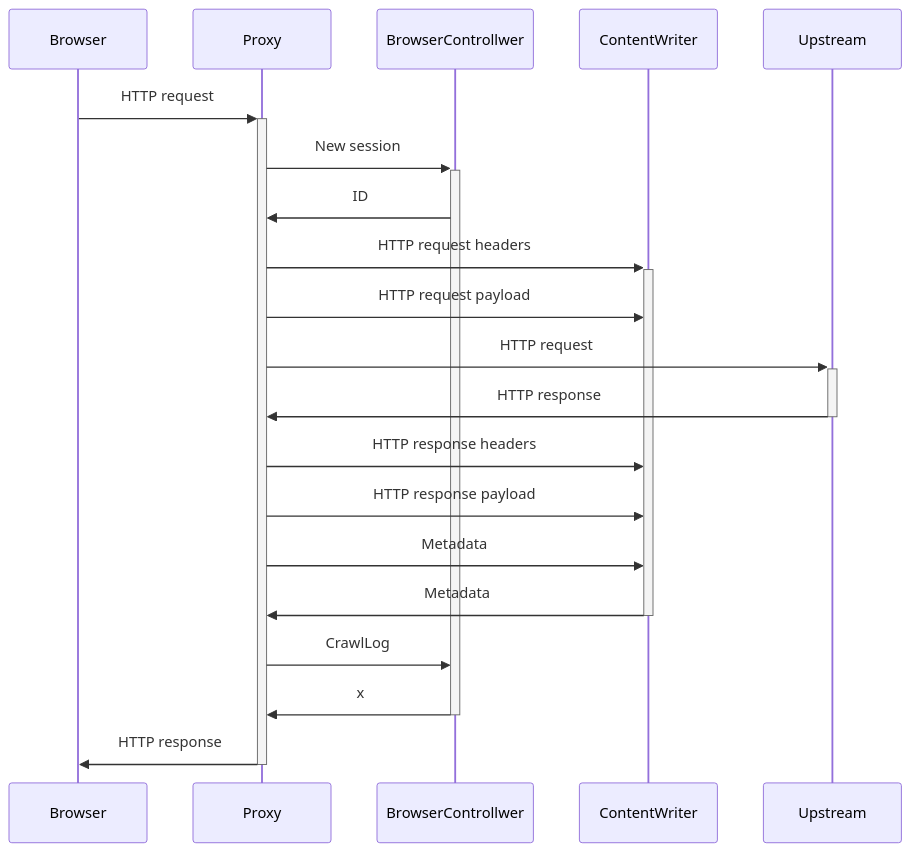
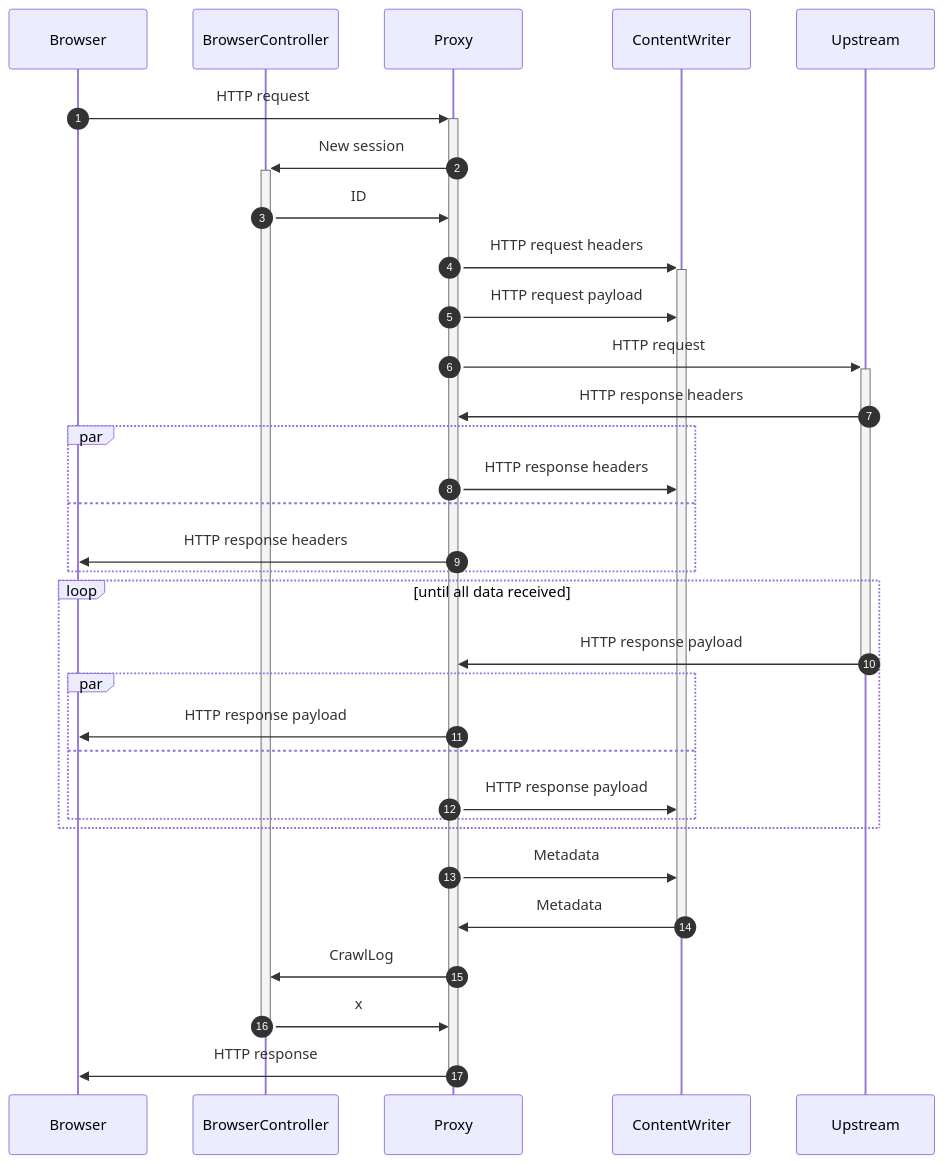
Before and after one commit to nlnwa/veidemann-recorderproxy: the diagram in README.md, drawn with Mermaid.

````diff
--- a/README.md
+++ b/README.md
@@ -8,17 +8,34 @@
 ```mermaid
 sequenceDiagram
+    autonumber
+    participant Browser
+    participant BrowserController
+    participant Proxy
+    participant ContentWriter
+    participant Upstream
     Browser->>+Proxy: HTTP request
-    Proxy->>+BrowserControllwer: New session
-    BrowserControllwer->>Proxy: ID
+    Proxy->>+BrowserController: New session
+    BrowserController->>Proxy: ID
     Proxy->>+ContentWriter: HTTP request headers
     Proxy->>ContentWriter: HTTP request payload
     Proxy->>+Upstream: HTTP request
-    Upstream->>-Proxy: HTTP response
-    Proxy->>ContentWriter: HTTP response headers
-    Proxy->>ContentWriter: HTTP response payload
+    Upstream->>Proxy: HTTP response headers
+    par
+        Proxy->>ContentWriter: HTTP response headers
+    and
+        Proxy->>Browser: HTTP response headers
+    end
+    loop until all data received
+        Upstream->>-Proxy: HTTP response payload
+        par
+            Proxy->>Browser: HTTP response payload
+        and
+            Proxy->>ContentWriter: HTTP response payload
+        end
+    end
     Proxy->>ContentWriter: Metadata
     ContentWriter->>-Proxy: Metadata
-    Proxy->>BrowserControllwer: CrawlLog
-    BrowserControllwer->>-Proxy: x
+    Proxy->>BrowserController: CrawlLog
+    BrowserController->>-Proxy: x
     Proxy->>-Browser: HTTP response
 ```
````
